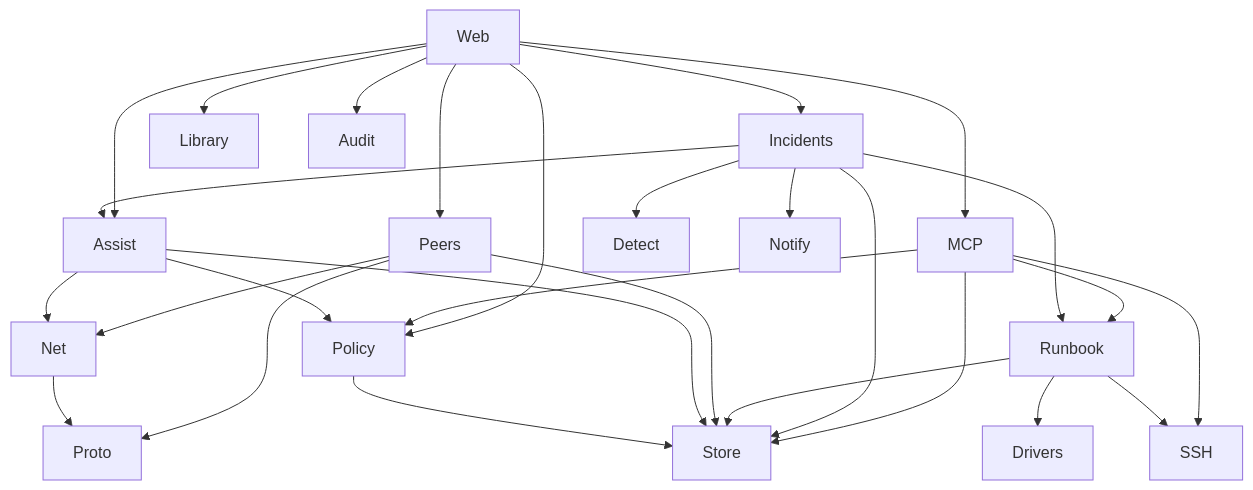
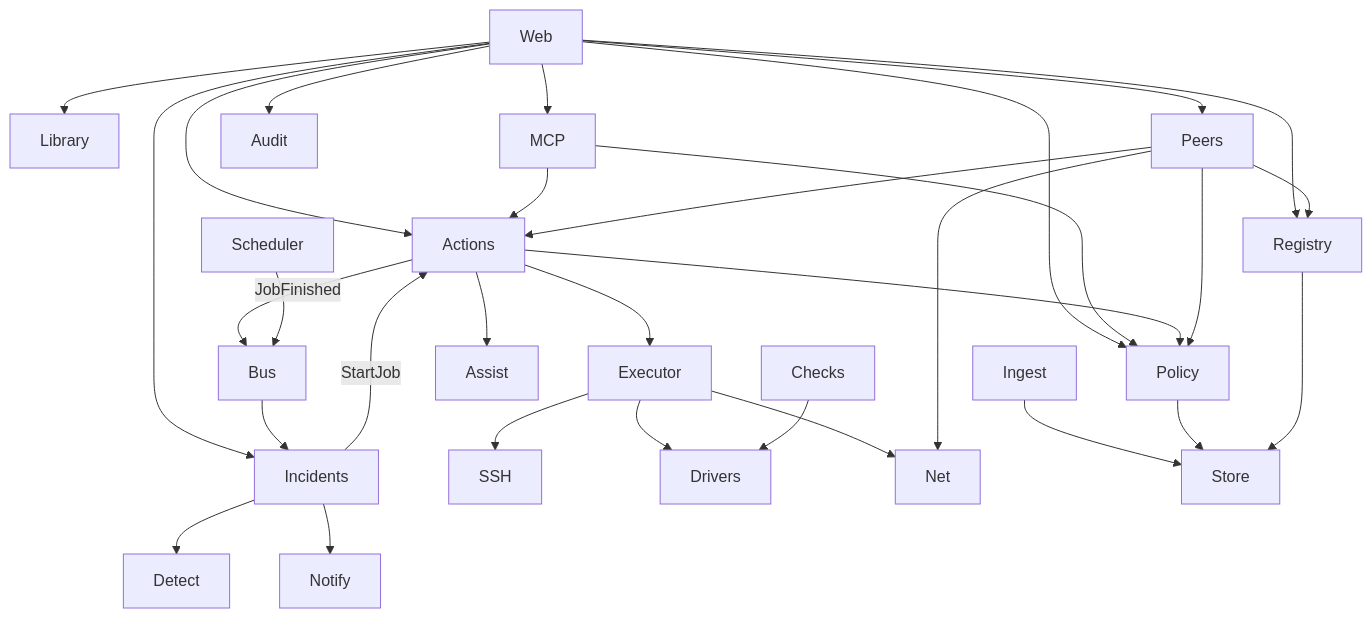
One commit to StrangeMatterStudio/Rackhand changed the second of 7 diagrams in docs/designs/0001-architecture/design.md. Above: the diagram before and after it, drawn with Mermaid. The commit also changed other lines of this file, not shown here.

````diff
--- a/docs/designs/0001-architecture/design.md
+++ b/docs/designs/0001-architecture/design.md
@@ -275,11 +296,17 @@
 ```mermaid
 flowchart TD
-  Web --> Incidents & Policy & Library & Peers & Assist & MCP & Audit
-  MCP --> Policy & Runbook & SSH & Store
-  Incidents --> Detect & Store & Notify & Runbook & Assist
-  Runbook --> SSH & Drivers & Store
-  Peers --> Net & Proto & Store
-  Assist --> Net & Policy & Store
+  Web --> Actions & Policy & Registry & Library & Peers & MCP & Audit & Incidents
+  MCP --> Actions & Policy
+  Incidents -- StartJob --> Actions
+  Actions -- JobFinished --> Bus
+  Bus --> Incidents
+  Actions --> Policy & Executor & Assist
+  Executor --> SSH & Drivers & Net
+  Peers --> Net & Registry & Policy & Actions
+  Ingest --> Store
+  Checks --> Drivers
+  Incidents --> Detect & Notify
+  Scheduler --> Bus
   Policy --> Store
-  Net --> Proto
+  Registry --> Store
 ```
````
